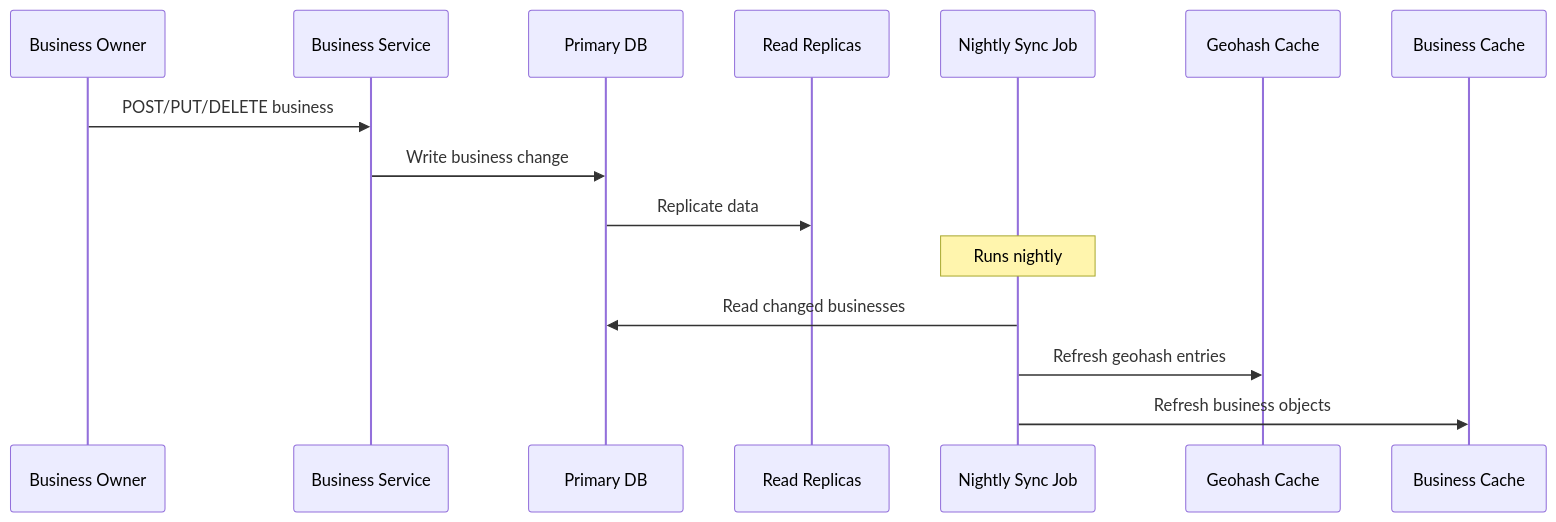
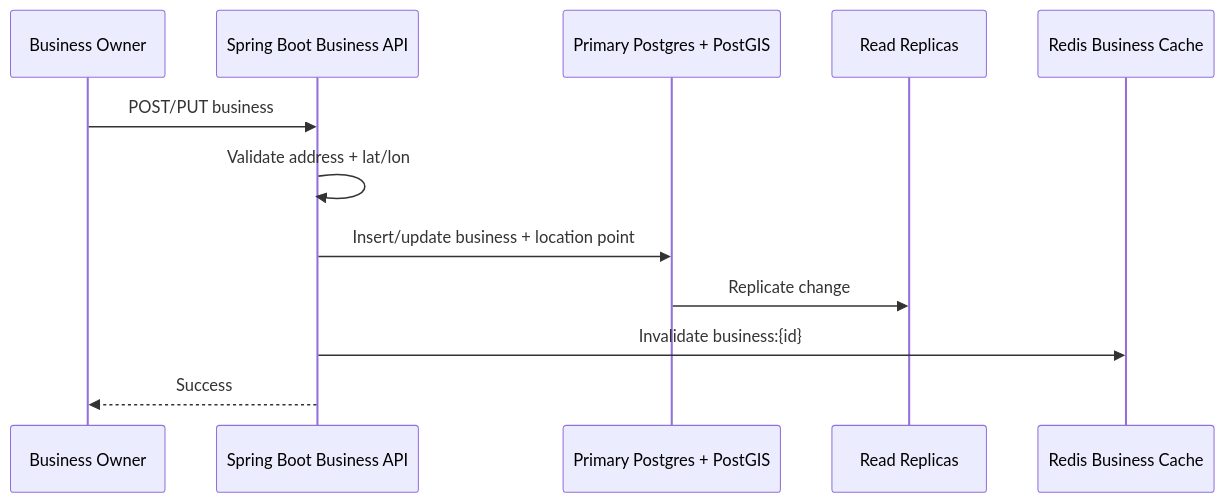
The ninth of 17 diagrams in HLD_NOTES/004_INTERVIEW_PROBLEMS/013_proximity_service_visual_notes.md (mthaiseer/springcloud-systemdesign-notes), drawn with Mermaid before and after one commit. The commit also changed other lines of this file and 1 other file, not shown here.

````diff
--- a/HLD_NOTES/004_INTERVIEW_PROBLEMS/013_proximity_service_visual_notes.md
+++ b/HLD_NOTES/004_INTERVIEW_PROBLEMS/013_proximity_service_visual_notes.md
@@ -588,19 +620,15 @@
 ```mermaid
 sequenceDiagram
     participant Owner as Business Owner
-    participant BS as Business Service
-    participant Primary as Primary DB
+    participant API as Spring Boot Business API
+    participant Primary as Primary Postgres + PostGIS
     participant Replica as Read Replicas
-    participant Job as Nightly Sync Job
-    participant GeoCache as Geohash Cache
-    participant BizCache as Business Cache
+    participant Cache as Redis Business Cache
 
-    Owner->>BS: POST/PUT/DELETE business
-    BS->>Primary: Write business change
-    Primary->>Replica: Replicate data
-
-    Note over Job: Runs nightly
-    Job->>Primary: Read changed businesses
-    Job->>GeoCache: Refresh geohash entries
-    Job->>BizCache: Refresh business objects
+    Owner->>API: POST/PUT business
+    API->>API: Validate address + lat/lon
+    API->>Primary: Insert/update business + location point
+    Primary->>Replica: Replicate change
+    API->>Cache: Invalidate business:{id}
+    API-->>Owner: Success
 ```
````
